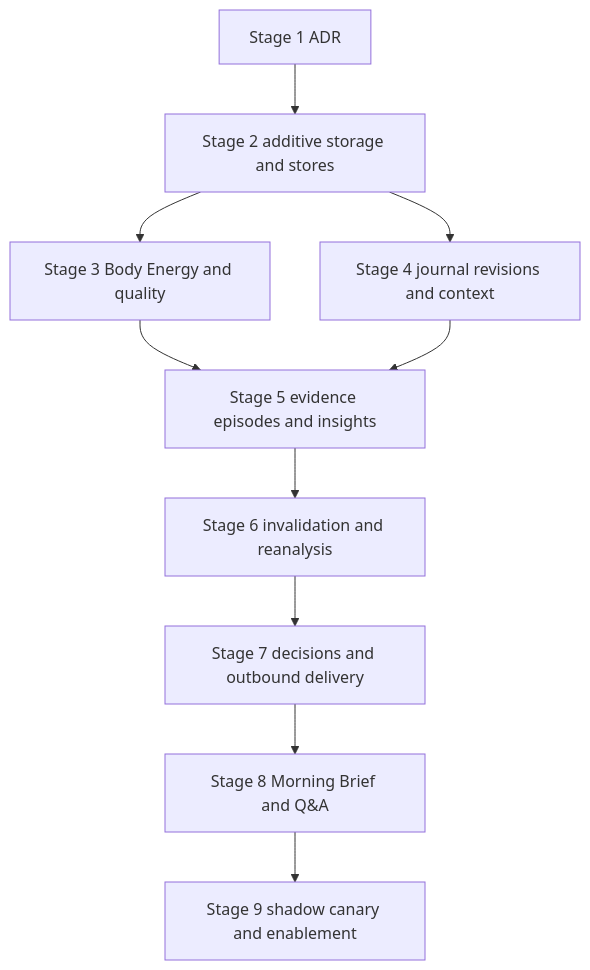
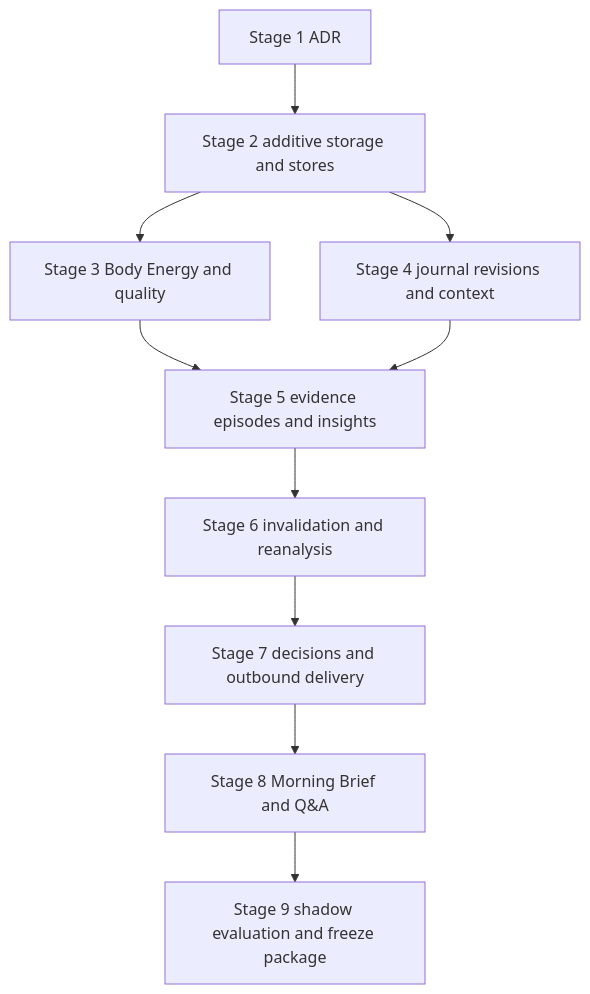
Before and after one commit to enjoyfulwen0204-eng/whoop-briefing: the sixth of 6 diagrams in docs/phase4-architecture.md, drawn with Mermaid. The commit also changed other lines of this file, not shown here.

Commit message:
docs: repair phase 4 architecture gate findings

```diff
--- a/docs/phase4-architecture.md
+++ b/docs/phase4-architecture.md
@@ -2238,12 +2697,12 @@
 ~~~mermaid
 flowchart TD
     S1[Stage 1 ADR] --> S2[Stage 2 additive storage and stores]
     S2 --> S3[Stage 3 Body Energy and quality]
     S2 --> S4[Stage 4 journal revisions and context]
     S3 --> S5[Stage 5 evidence episodes and insights]
     S4 --> S5
     S5 --> S6[Stage 6 invalidation and reanalysis]
     S6 --> S7[Stage 7 decisions and outbound delivery]
     S7 --> S8[Stage 8 Morning Brief and Q&A]
-    S8 --> S9[Stage 9 shadow canary and enablement]
+    S8 --> S9[Stage 9 shadow evaluation and freeze package]
 ~~~
```
